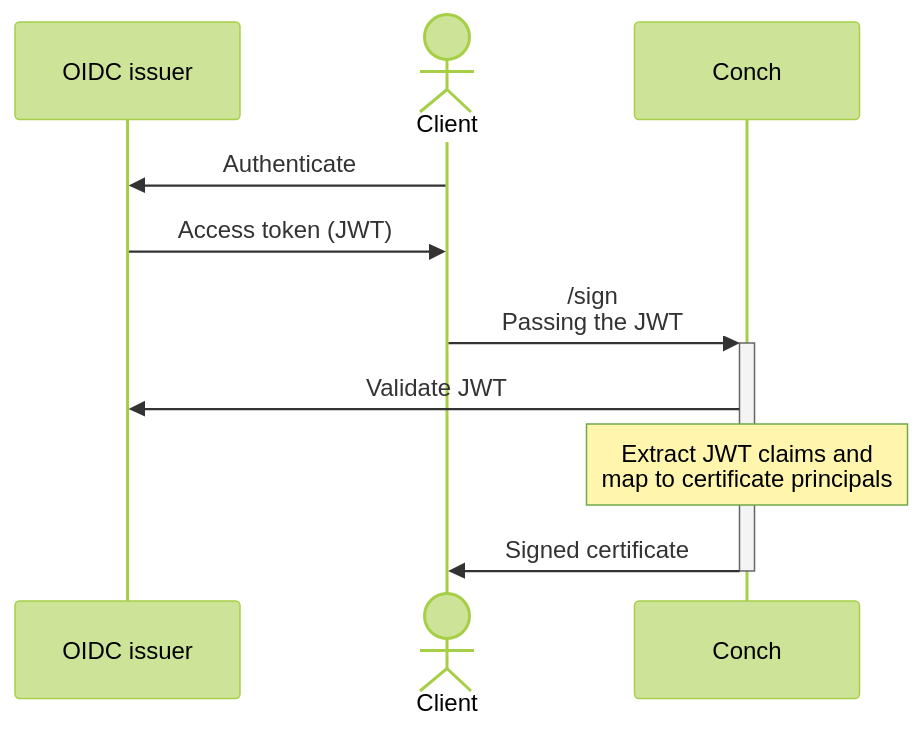
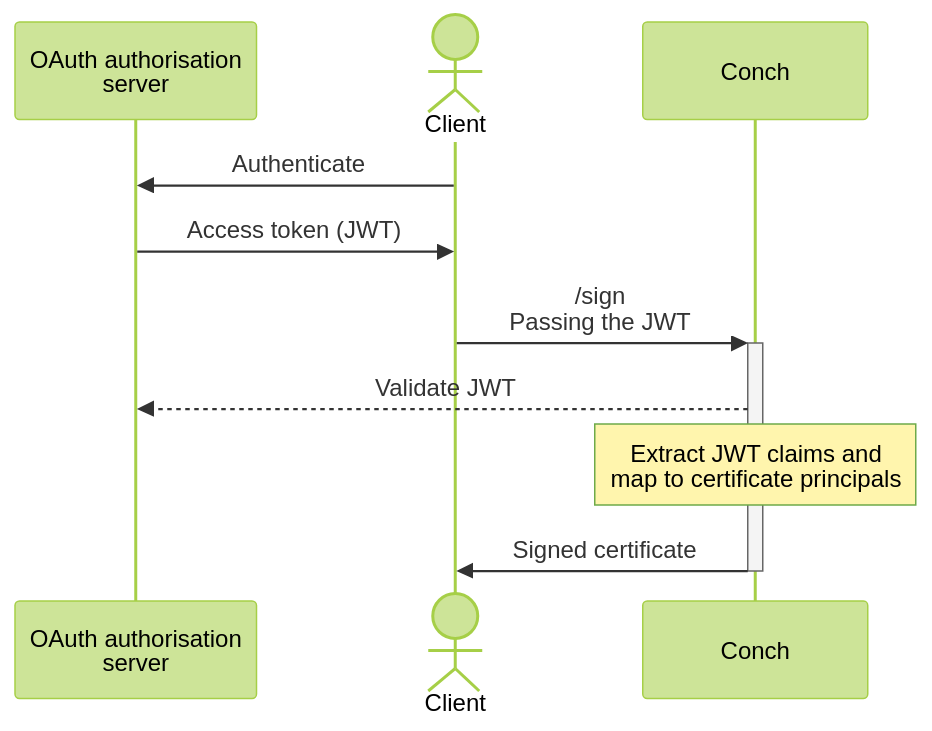
Before and after one commit to isambard-sc/conch: the diagram in docs/index.rst, drawn with Mermaid (forest theme). The commit also changed other lines of this file and 7 other files, not shown here.

Commit message:
Clarify that we're talking OAuth 2.0, not OIDC

```diff
--- a/docs/index.rst
+++ b/docs/index.rst
@@ -24,15 +24,15 @@
 .. mermaid::
 
    sequenceDiagram
-      participant OIDC as OIDC issuer
+      participant OAuth as OAuth authorisation<br/>server
       actor Client
       participant Conch
 
-      Client->>OIDC: Authenticate
-      OIDC->>Client: Access token (JWT)
+      Client->>OAuth: Authenticate
+      OAuth->>Client: Access token (JWT)
 
       Client->>+Conch: /sign<br/>Passing the JWT
-      Conch->>OIDC: Validate JWT
+      Conch-->>OAuth: Validate JWT
       note over Conch: Extract JWT claims and<br/>map to certificate principals
 
       Conch->>-Client: Signed certificate
```
